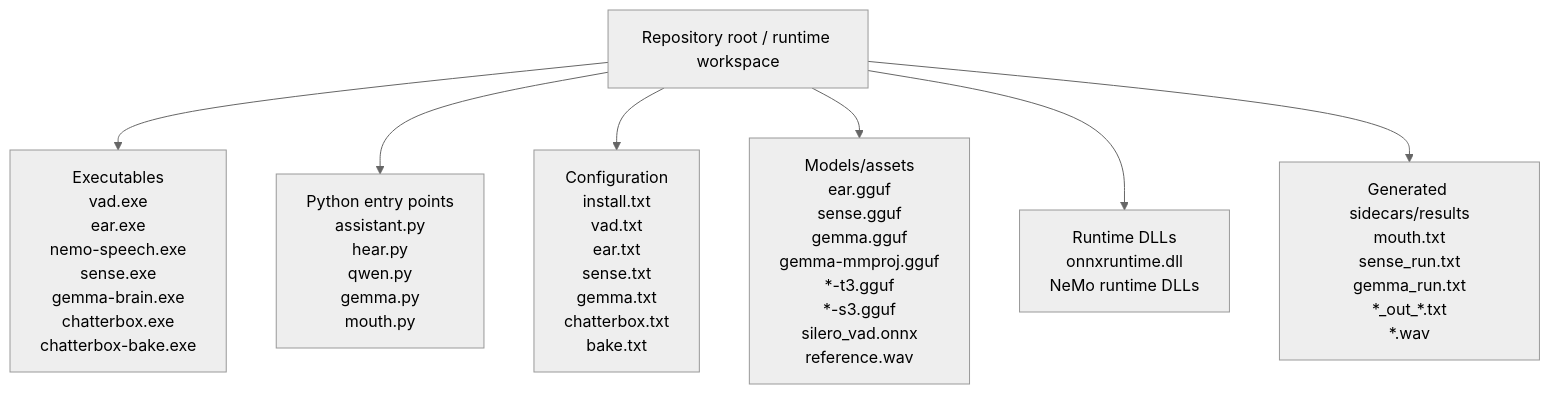
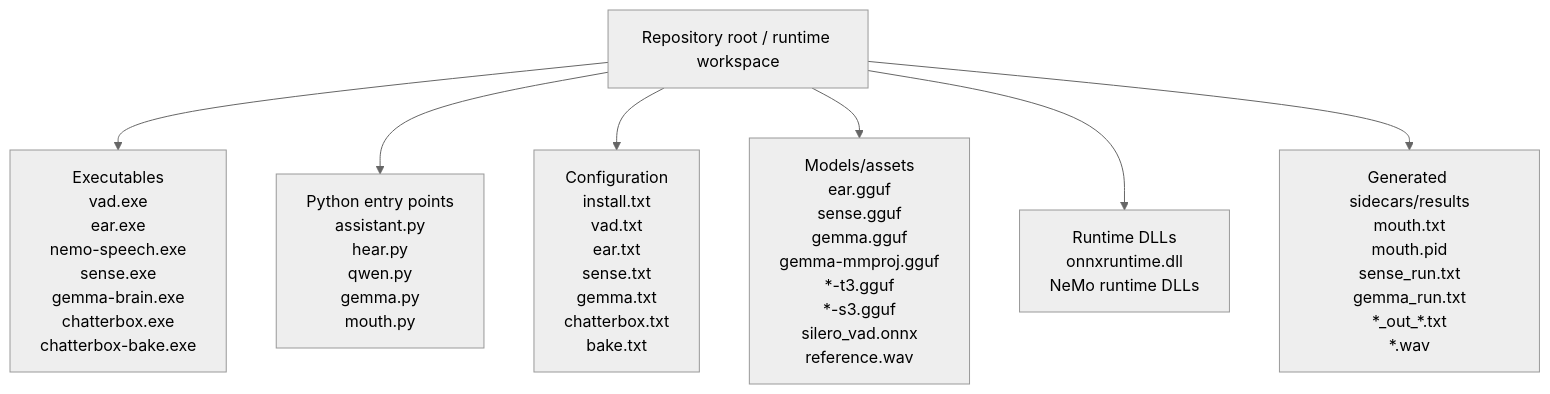
One commit to wgabrys88/Trident changed the fourth of 8 diagrams in README.md. Above: the diagram before and after it, drawn with Mermaid (neutral theme). The commit also changed other lines of this file and 4 other files, not shown here.

````diff
--- a/README.md
+++ b/README.md
@@ -344,11 +372,11 @@
 ```mermaid
 flowchart TB
     ROOT[Repository root / runtime workspace]
 
     ROOT --> EXE[Executables<br/>vad.exe<br/>ear.exe<br/>nemo-speech.exe<br/>sense.exe<br/>gemma-brain.exe<br/>chatterbox.exe<br/>chatterbox-bake.exe]
     ROOT --> PY[Python entry points<br/>assistant.py<br/>hear.py<br/>qwen.py<br/>gemma.py<br/>mouth.py]
     ROOT --> CFG[Configuration<br/>install.txt<br/>vad.txt<br/>ear.txt<br/>sense.txt<br/>gemma.txt<br/>chatterbox.txt<br/>bake.txt]
     ROOT --> MODEL[Models/assets<br/>ear.gguf<br/>sense.gguf<br/>gemma.gguf<br/>gemma-mmproj.gguf<br/>*-t3.gguf<br/>*-s3.gguf<br/>silero_vad.onnx<br/>reference.wav]
     ROOT --> DLL[Runtime DLLs<br/>onnxruntime.dll<br/>NeMo runtime DLLs]
-    ROOT --> RUN[Generated sidecars/results<br/>mouth.txt<br/>sense_run.txt<br/>gemma_run.txt<br/>*_out_*.txt<br/>*.wav]
+    ROOT --> RUN[Generated sidecars/results<br/>mouth.txt<br/>mouth.pid<br/>sense_run.txt<br/>gemma_run.txt<br/>*_out_*.txt<br/>*.wav]
 ```
````
